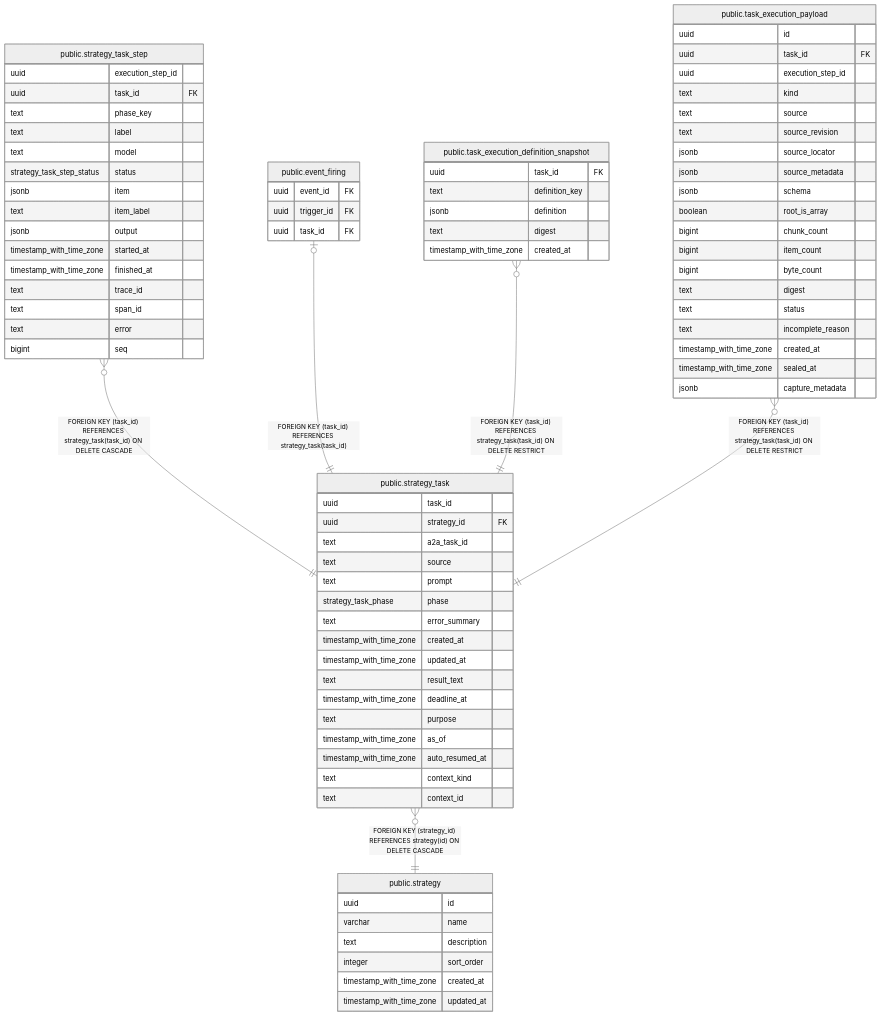
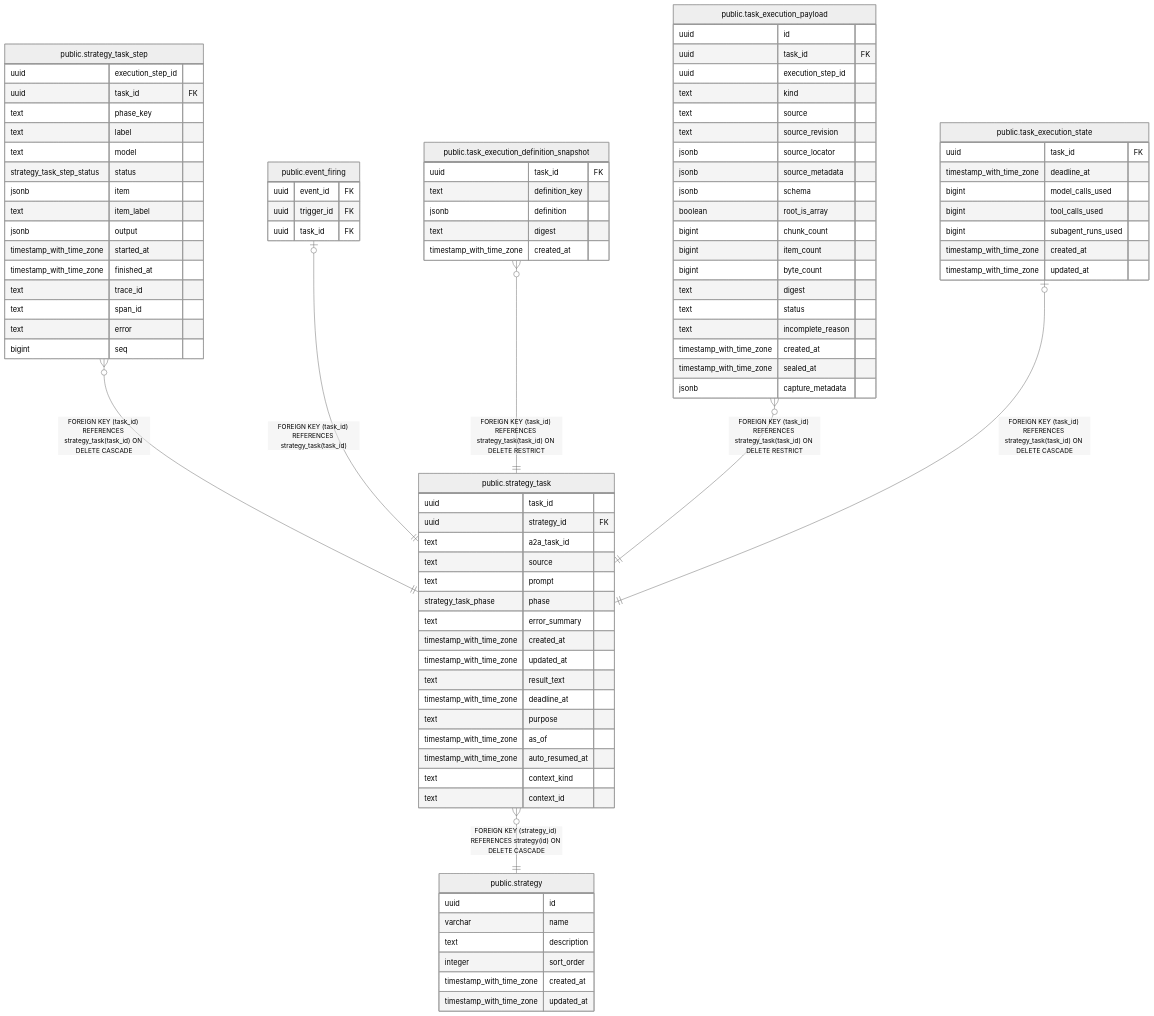
One commit to fohte/t-rader changed the diagram in backend/docs/db/public.strategy_task.md. Above: the diagram before and after it, drawn with Mermaid (neutral theme). The commit also changed other lines of this file and 64 other files, not shown here.

```diff
--- a/backend/docs/db/public.strategy_task.md
+++ b/backend/docs/db/public.strategy_task.md
@@ -59,6 +59,7 @@
 "public.event_firing" |o--|| "public.strategy_task" : "FOREIGN KEY (task_id) REFERENCES strategy_task(task_id)"
 "public.task_execution_definition_snapshot" }o--|| "public.strategy_task" : "FOREIGN KEY (task_id) REFERENCES strategy_task(task_id) ON DELETE RESTRICT"
 "public.task_execution_payload" }o--|| "public.strategy_task" : "FOREIGN KEY (task_id) REFERENCES strategy_task(task_id) ON DELETE RESTRICT"
+"public.task_execution_state" |o--|| "public.strategy_task" : "FOREIGN KEY (task_id) REFERENCES strategy_task(task_id) ON DELETE CASCADE"
 "public.strategy_task" }o--|| "public.strategy" : "FOREIGN KEY (strategy_id) REFERENCES strategy(id) ON DELETE CASCADE"
 
 "public.strategy_task" {
@@ -129,6 +130,15 @@
   timestamp_with_time_zone sealed_at
   jsonb capture_metadata
 }
+"public.task_execution_state" {
+  uuid task_id FK
+  timestamp_with_time_zone deadline_at
+  bigint model_calls_used
+  bigint tool_calls_used
+  bigint subagent_runs_used
+  timestamp_with_time_zone created_at
+  timestamp_with_time_zone updated_at
+}
 "public.strategy" {
   uuid id
   varchar name
```
